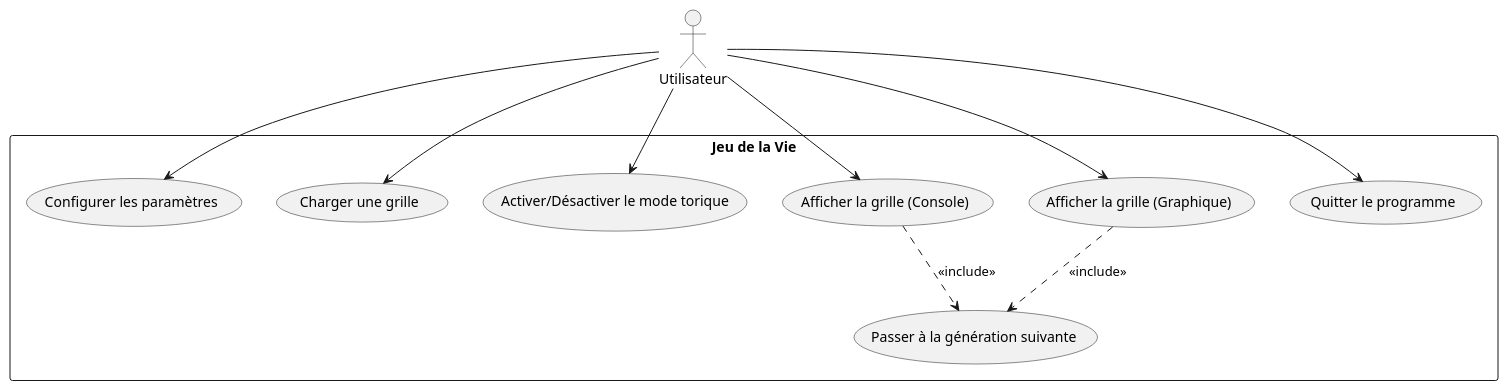
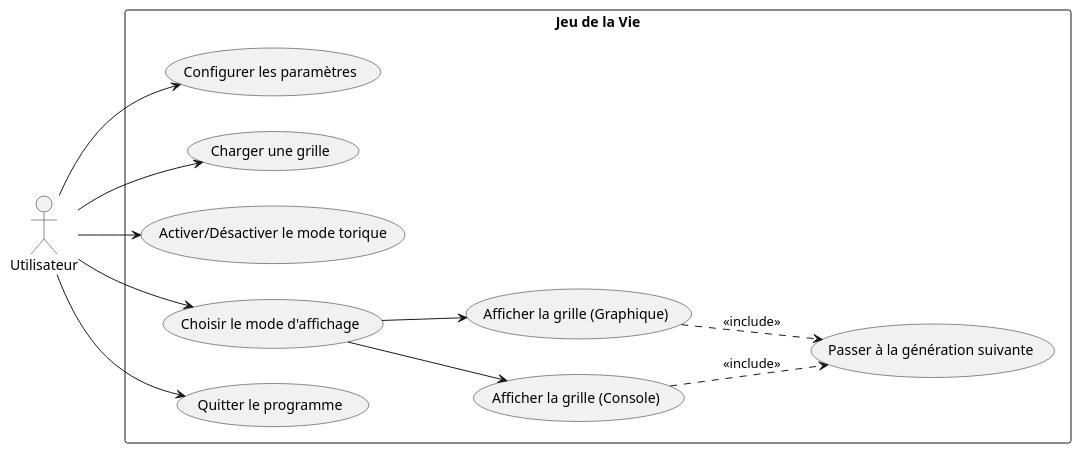
Before and after one commit to RiperPro03/LifeGame: the diagram in diagram-use-case.puml, drawn with PlantUML.

Commit message:
Update usecase

```diff
--- a/diagram-use-case.puml
+++ b/diagram-use-case.puml
@@ -1,27 +1,29 @@
 @startuml
-
+left to right direction
 actor Utilisateur as User
 
 rectangle "Jeu de la Vie" {
     usecase "Configurer les paramètres" as ConfigParams
     usecase "Charger une grille" as LoadGrid
     usecase "Activer/Désactiver le mode torique" as ToggleToroidalMode
+    usecase "Choisir le mode d'affichage" as UC4
     usecase "Afficher la grille (Console)" as DisplayConsole
     usecase "Afficher la grille (Graphique)" as DisplayGraphic
     usecase "Passer à la génération suivante" as NextGen
     usecase "Quitter le programme" as QuitProgram
 }
 
 ' Links between User and Use Cases
 User --> ConfigParams
 User --> LoadGrid
 User --> ToggleToroidalMode
-User --> DisplayConsole
-User --> DisplayGraphic
+User --> UC4
+UC4 --> DisplayConsole
+UC4 --> DisplayGraphic
 User --> QuitProgram
 
 ' Include relationships (mandatory dependencies)
 DisplayConsole -[dashed]-> NextGen : <<include>>
 DisplayGraphic -[dashed]-> NextGen : <<include>>
 
 @enduml
```
